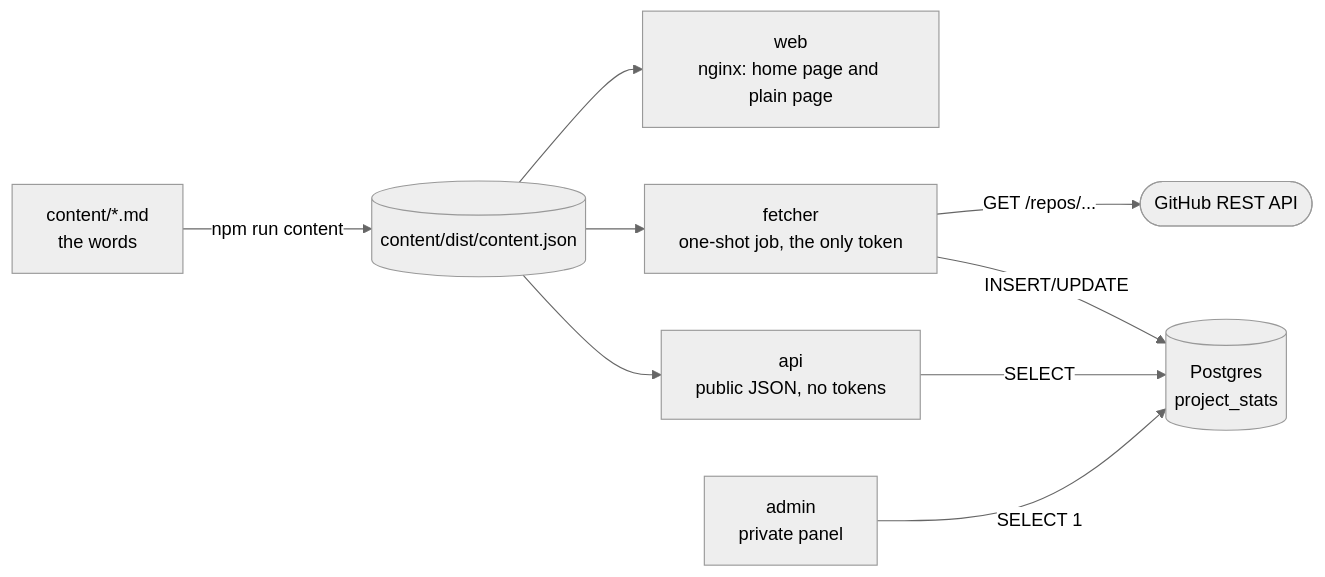
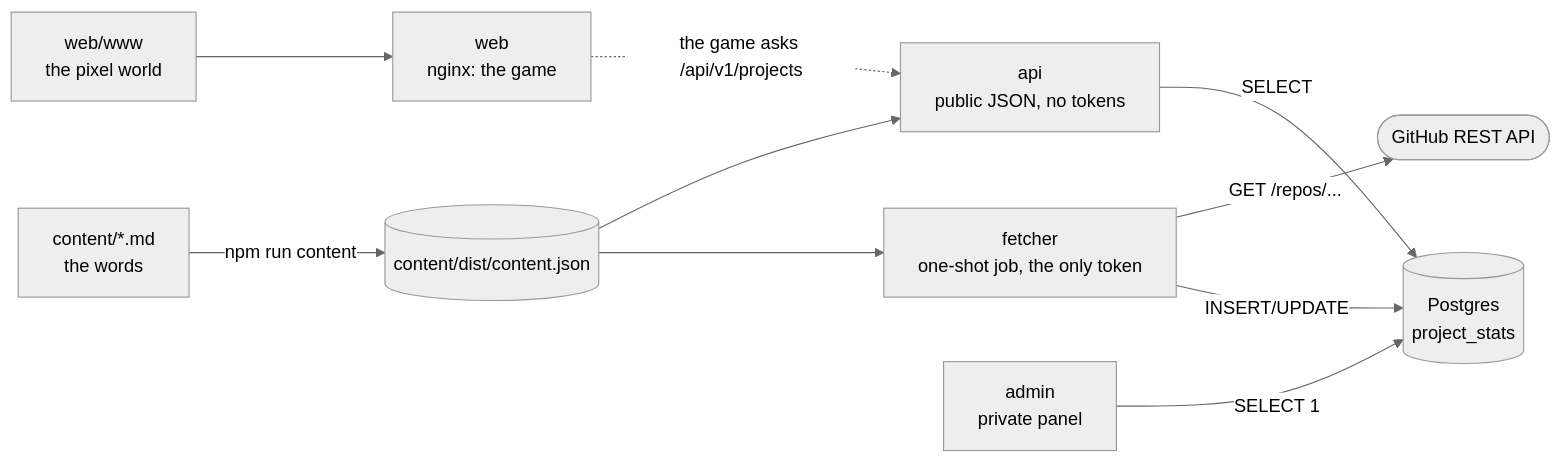
One commit to zimmertr/trailhead changed the diagram in docs/ARCHITECTURE.md. Above: the diagram before and after it, drawn with Mermaid (neutral theme). The commit also changed other lines of this file and 36 other files, not shown here.

````diff
--- a/docs/ARCHITECTURE.md
+++ b/docs/ARCHITECTURE.md
@@ -7,11 +7,12 @@
 ```mermaid
 flowchart LR
     md["content/*.md<br>the words"] -- "npm run content" --> json[("content/dist/content.json")]
-    json --> web["web<br>nginx: home page and plain page"]
+    www["web/www<br>the pixel world"] --> web["web<br>nginx: the game"]
+    web -. "the game asks /api/v1/projects" .-> api
     json --> api["api<br>public JSON, no tokens"]
     json --> fetcher["fetcher<br>one-shot job, the only token"]
     fetcher -- "GET /repos/..." --> gh(["GitHub REST API"])
     fetcher -- "INSERT/UPDATE" --> pg[("Postgres<br>project_stats")]
     api -- "SELECT" --> pg
     admin["admin<br>private panel"] -- "SELECT 1" --> pg
 ```
````
